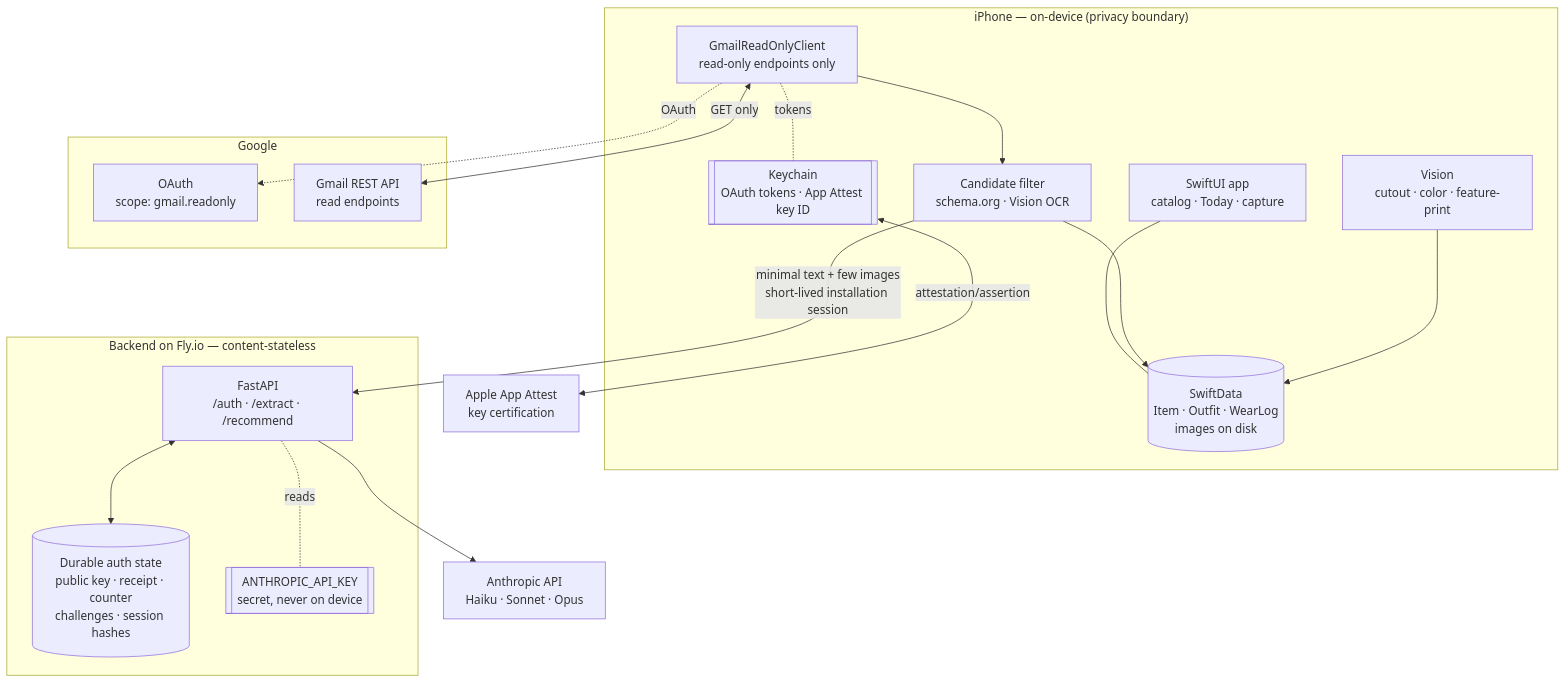
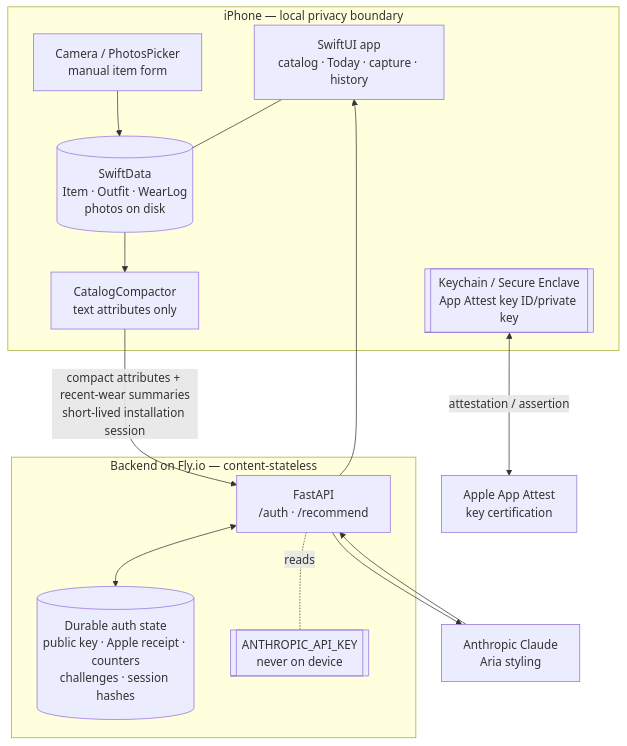
The first of 6 diagrams in docs/architecture.md (tzehon/wardrobe-stylist), drawn with Mermaid before and after one commit. The commit also changed other lines of this file and 20 other files, not shown here.

Commit message:
docs: align public v1 with Gmail-free scope

````diff
--- a/docs/architecture.md
+++ b/docs/architecture.md
@@ -25,38 +29,29 @@
 ```mermaid
 flowchart TB
-    subgraph Device["iPhone — on-device (privacy boundary)"]
-        UI["SwiftUI app<br/>catalog · Today · capture"]
-        Store[("SwiftData<br/>Item · Outfit · WearLog<br/>images on disk")]
-        Gmail["GmailReadOnlyClient<br/>read-only endpoints only"]
-        Filter["Candidate filter<br/>schema.org · Vision OCR"]
-        VisionML["Vision<br/>cutout · color · feature-print"]
-        Keychain[["Keychain<br/>OAuth tokens · App Attest key ID"]]
+    subgraph Device["iPhone — local privacy boundary"]
+        UI["SwiftUI app<br/>catalog · Today · capture · history"]
+        Store[("SwiftData<br/>Item · Outfit · WearLog<br/>photos on disk")]
+        Capture["Camera / PhotosPicker<br/>manual item form"]
+        Compact["CatalogCompactor<br/>text attributes only"]
+        Keychain[["Keychain / Secure Enclave<br/>App Attest key ID/private key"]]
+        Capture --> Store
         UI --- Store
-        Gmail --> Filter
-        Filter --> Store
-        VisionML --> Store
-        Gmail -. tokens .- Keychain
-    end
-
-    subgraph Google["Google"]
-        OAuth["OAuth<br/>scope: gmail.readonly"]
-        GmailAPI["Gmail REST API<br/>read endpoints"]
+        Store --> Compact
     end
 
     subgraph Cloud["Backend on Fly.io — content-stateless"]
-        API["FastAPI<br/>/auth · /extract · /recommend"]
-        AuthDB[("Durable auth state<br/>public key · receipt · counter<br/>challenges · session hashes")]
-        Key[["ANTHROPIC_API_KEY<br/>secret, never on device"]]
+        API["FastAPI<br/>/auth · /recommend"]
+        AuthDB[("Durable auth state<br/>public key · Apple receipt · counters<br/>challenges · session hashes")]
+        Key[["ANTHROPIC_API_KEY<br/>never on device"]]
+        API <--> AuthDB
         API -. reads .- Key
-        API <--> AuthDB
     end
 
     Apple["Apple App Attest<br/>key certification"]
-    Anthropic["Anthropic API<br/>Haiku · Sonnet · Opus"]
+    Anthropic["Anthropic Claude<br/>Aria styling"]
 
-    Gmail <-->|GET only| GmailAPI
-    Gmail -. OAuth .-> OAuth
-    Keychain <-->|attestation/assertion| Apple
-    Filter -->|minimal text + few images<br/>short-lived installation session| API
+    Keychain <-->|"attestation / assertion"| Apple
+    Compact -->|"compact attributes + recent-wear summaries<br/>short-lived installation session"| API
     API --> Anthropic
+    Anthropic --> API --> UI
 ```
````
